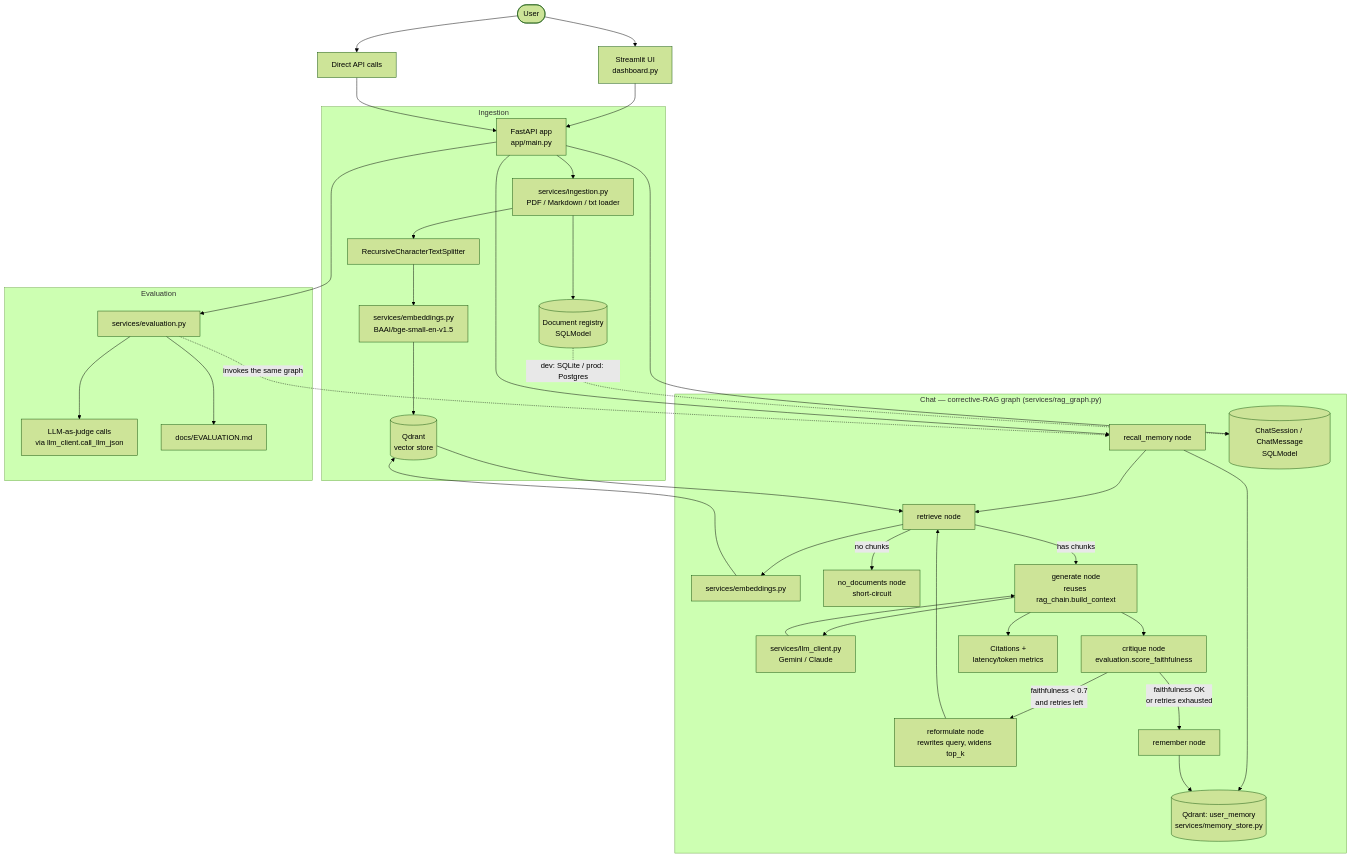
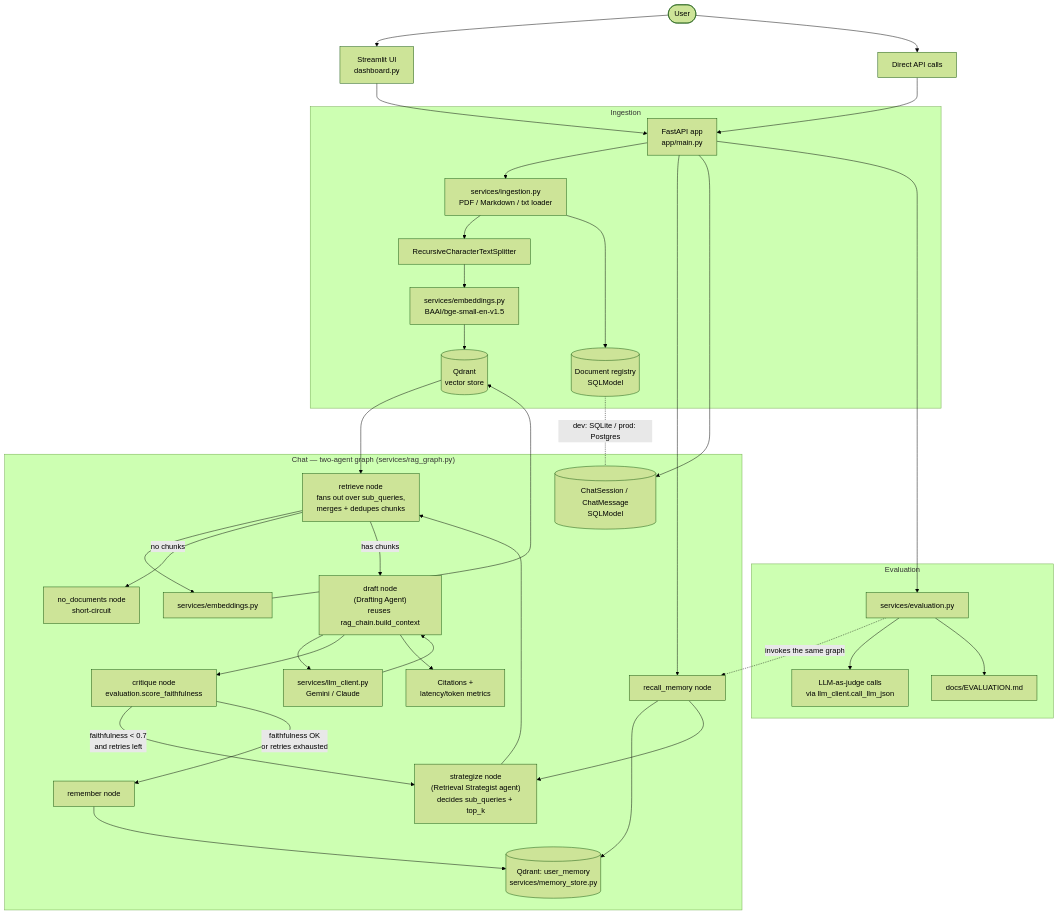
One commit to vishnu0529/enterprise-rag-assistant changed the diagram in docs/ARCHITECTURE.md. Above: the diagram before and after it, drawn with Mermaid (forest theme). The commit also changed other lines of this file and 8 other files, not shown here.

First line of the commit message:
Split the corrective-RAG graph into two distinct agent roles

````diff
--- a/docs/ARCHITECTURE.md
+++ b/docs/ARCHITECTURE.md
@@ -5,44 +5,44 @@
 ```mermaid
 flowchart TD
     User([User]) --> UI[Streamlit UI<br/>dashboard.py]
     User --> API_direct[Direct API calls]
     UI --> API[FastAPI app<br/>app/main.py]
     API_direct --> API
 
     subgraph Ingestion
         API --> Ingest[services/ingestion.py<br/>PDF / Markdown / txt loader]
         Ingest --> Chunk[RecursiveCharacterTextSplitter]
         Chunk --> Embed1[services/embeddings.py<br/>BAAI/bge-small-en-v1.5]
         Embed1 --> Qdrant[(Qdrant<br/>vector store)]
         Ingest --> DocDB[(Document registry<br/>SQLModel)]
     end
 
-    subgraph "Chat — corrective-RAG graph (services/rag_graph.py)"
+    subgraph "Chat — two-agent graph (services/rag_graph.py)"
         API --> RecallMem[recall_memory node]
         RecallMem --> UserMem[(Qdrant: user_memory<br/>services/memory_store.py)]
-        RecallMem --> Retrieve[retrieve node]
+        RecallMem --> Strategize["strategize node<br/>(Retrieval Strategist agent)<br/>decides sub_queries + top_k"]
+        Strategize --> Retrieve["retrieve node<br/>fans out over sub_queries,<br/>merges + dedupes chunks"]
         Retrieve --> Embed2[services/embeddings.py]
         Embed2 --> Qdrant
         Qdrant --> Retrieve
         Retrieve -->|no chunks| NoDocs[no_documents node<br/>short-circuit]
-        Retrieve -->|has chunks| Generate[generate node<br/>reuses rag_chain.build_context]
-        Generate --> LLM[services/llm_client.py<br/>Gemini / Claude]
-        LLM --> Generate
-        Generate --> Critique[critique node<br/>evaluation.score_faithfulness]
-        Critique -->|faithfulness < 0.7<br/>and retries left| Reformulate[reformulate node<br/>rewrites query, widens top_k]
-        Reformulate --> Retrieve
+        Retrieve -->|has chunks| Draft["draft node<br/>(Drafting Agent)<br/>reuses rag_chain.build_context"]
+        Draft --> LLM[services/llm_client.py<br/>Gemini / Claude]
+        LLM --> Draft
+        Draft --> Critique[critique node<br/>evaluation.score_faithfulness]
+        Critique -->|faithfulness < 0.7<br/>and retries left| Strategize
         Critique -->|faithfulness OK<br/>or retries exhausted| Remember[remember node]
         Remember --> UserMem
-        Generate --> Citations[Citations +<br/>latency/token metrics]
+        Draft --> Citations[Citations +<br/>latency/token metrics]
         API --> SessionDB[(ChatSession / ChatMessage<br/>SQLModel)]
     end
 
     subgraph Evaluation
         API --> Eval[services/evaluation.py]
         Eval -.->|invokes the same graph| RecallMem
         Eval --> Judge[LLM-as-judge calls<br/>via llm_client.call_llm_json]
         Eval --> EvalReport[docs/EVALUATION.md]
     end
 
     DocDB -.dev: SQLite / prod: Postgres.- SessionDB
 ```
````
